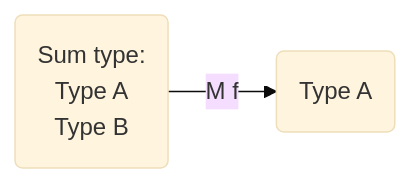
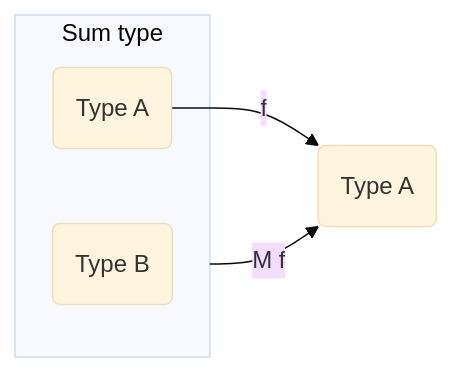
The ninth of 9 diagrams in posts/functional-programming-talk-2025/slides.qmd (seedcase-project/community), drawn with Mermaid (base theme) before and after one commit. The commit also changed other lines of this file and 3 other files, not shown here.

````diff
--- a/posts/functional-programming-talk-2025/slides.qmd
+++ b/posts/functional-programming-talk-2025/slides.qmd
@@ -732,4 +769,10 @@
 ```{mermaid}
 graph LR
-    In(Sum type:<br>Type A<br>Type B) -->|M f| Out(Type A)
+    subgraph M [Sum type]
+      A(Type A)
+      B(Type B)
+    end
+
+    M -->|M f| Out(Type A)
+    A -->|f| Out
 ```
````
